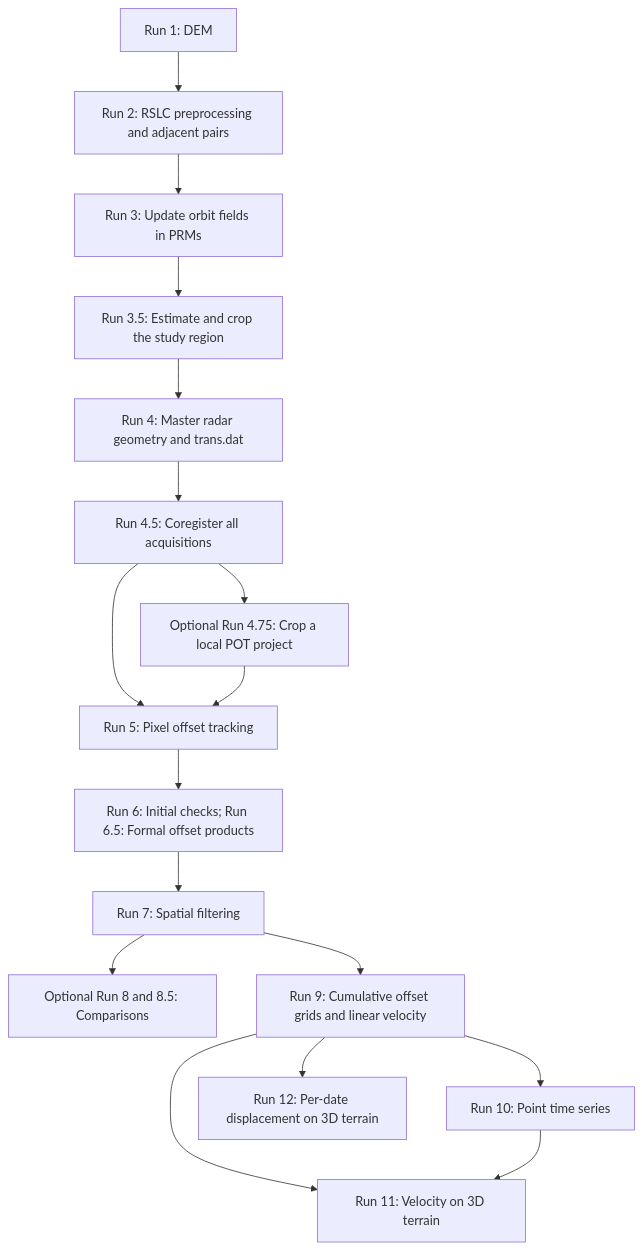
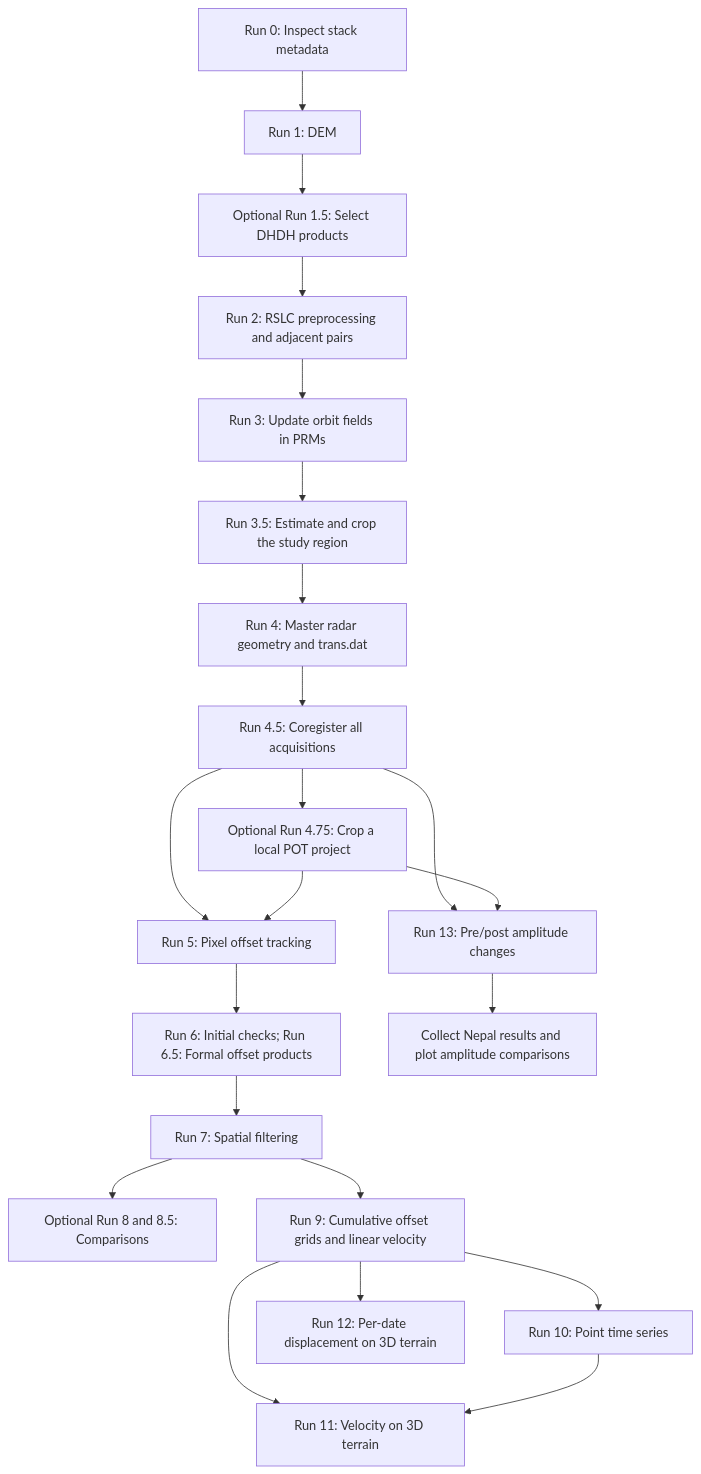
The diagram in README.md (Xin-Wang-520/nisar-pot-timeseries), drawn with Mermaid before and after one commit. The commit also changed other lines of this file and 12 other files, not shown here.

Commit message:
Add stack selection, amplitude products and Nepal result sharing tools

````diff
--- a/README.md
+++ b/README.md
@@ -44,19 +44,24 @@
 ```mermaid
 flowchart TD
-    A[Run 1: DEM] --> B[Run 2: RSLC preprocessing and adjacent pairs]
+    A0[Run 0: Inspect stack metadata] --> A[Run 1: DEM]
+    A --> A15[Optional Run 1.5: Select DHDH products]
+    A15 --> B[Run 2: RSLC preprocessing and adjacent pairs]
     B --> C[Run 3: Update orbit fields in PRMs]
     C --> D[Run 3.5: Estimate and crop the study region]
     D --> E[Run 4: Master radar geometry and trans.dat]
     E --> F[Run 4.5: Coregister all acquisitions]
     F --> G[Optional Run 4.75: Crop a local POT project]
     F --> H[Run 5: Pixel offset tracking]
     G --> H
     H --> I[Run 6: Initial checks; Run 6.5: Formal offset products]
     I --> J[Run 7: Spatial filtering]
     J --> K[Optional Run 8 and 8.5: Comparisons]
     J --> L[Run 9: Cumulative offset grids and linear velocity]
     L --> M[Run 10: Point time series]
     L --> N[Run 11: Velocity on 3D terrain]
     M --> N
     L --> O[Run 12: Per-date displacement on 3D terrain]
+    F --> P[Run 13: Pre/post amplitude changes]
+    G --> P
+    P --> Q[Collect Nepal results and plot amplitude comparisons]
 ```
````
